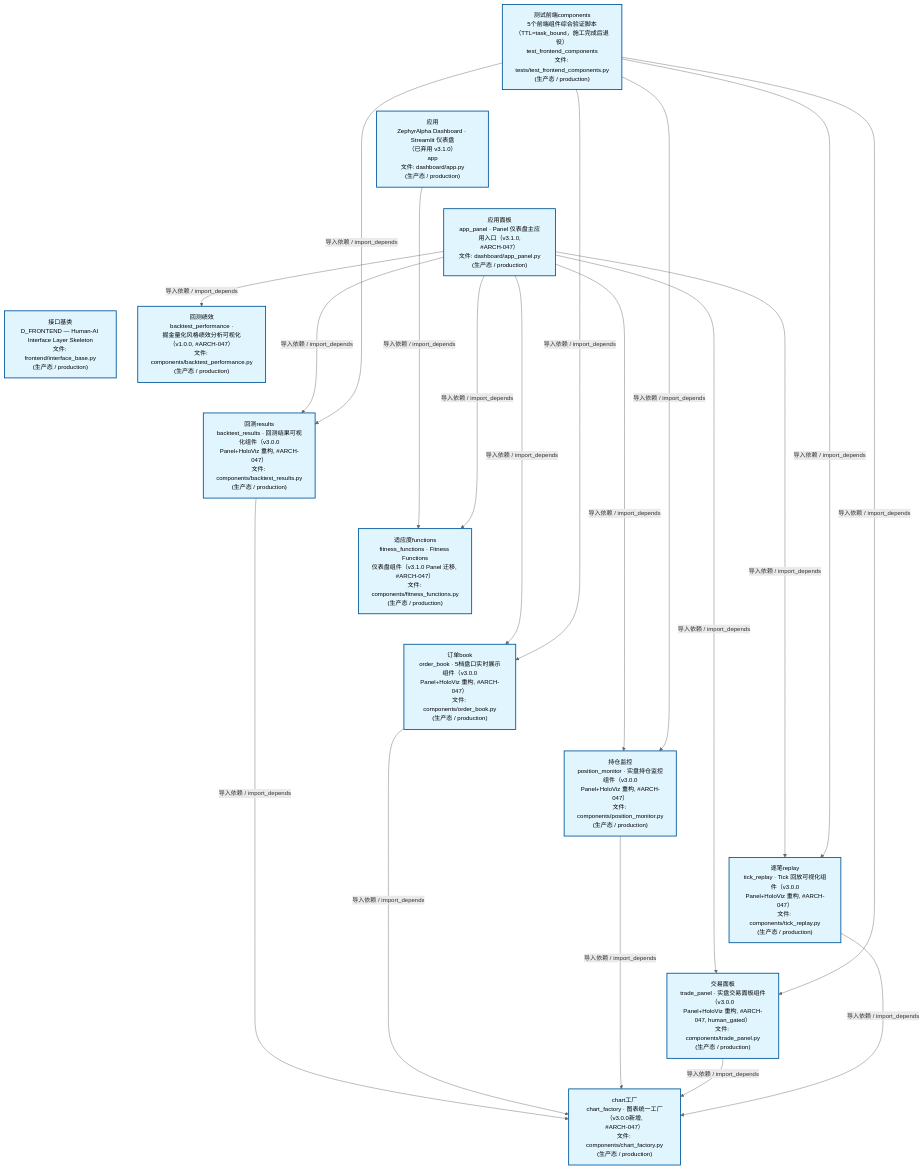
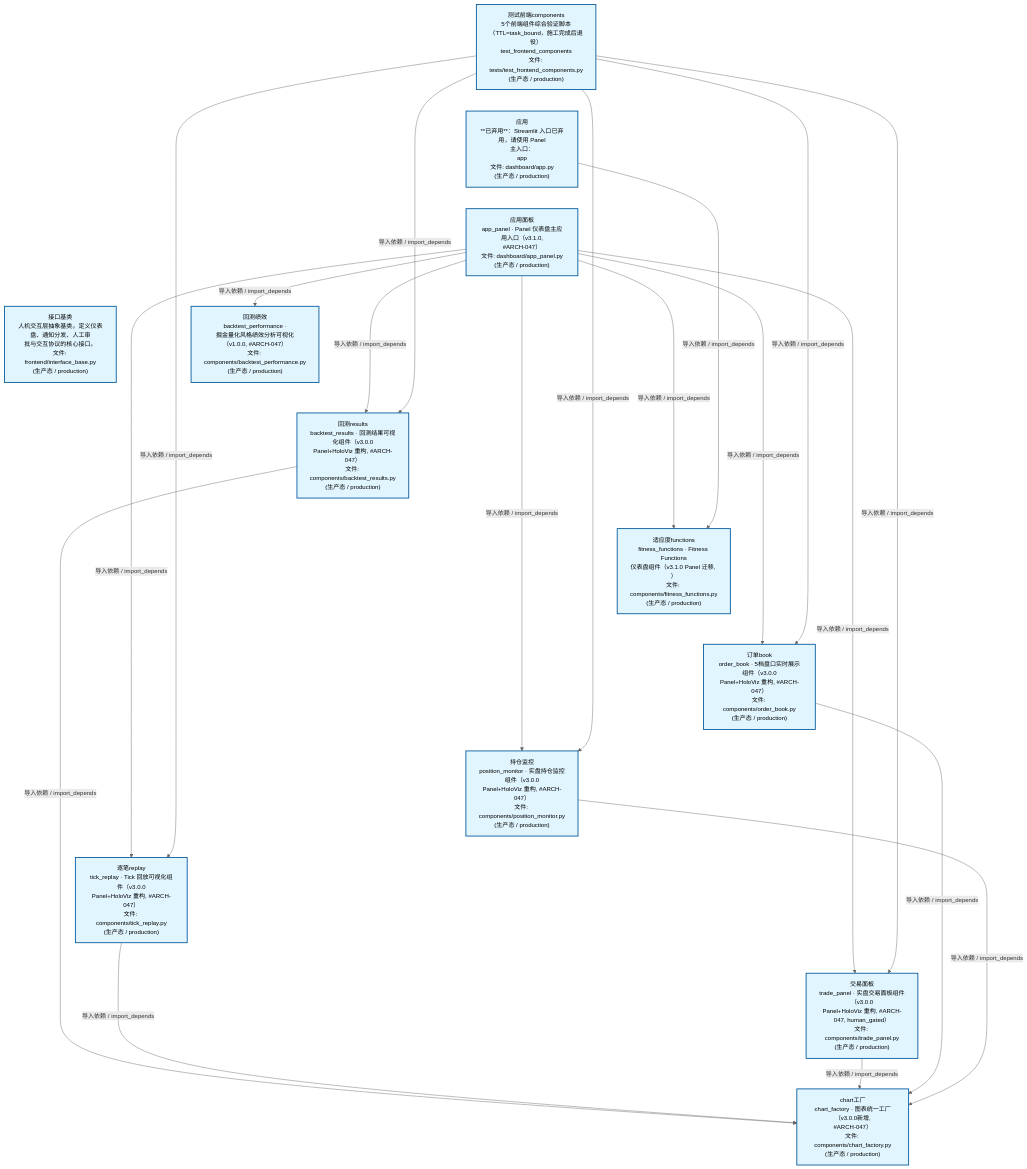
The second of 4 diagrams in docs/02_enterprise_architecture/02_domain_architecture_docs/47_d_frontend.md (xuanFelixVan/ZephyrAlpha), drawn with Mermaid before and after one commit. The commit also changed other lines of this file and 48 other files, not shown here.

````diff
--- a/docs/02_enterprise_architecture/02_domain_architecture_docs/47_d_frontend.md
+++ b/docs/02_enterprise_architecture/02_domain_architecture_docs/47_d_frontend.md
@@ -124,48 +124,48 @@
 ```mermaid
 %%{init: {'theme': 'base', 'themeVariables': {'primaryColor': '#eaeaea', 'primaryTextColor': '#333333', 'primaryBorderColor': '#666666', 'lineColor': '#666666', 'secondaryColor': '#eaeaea', 'tertiaryColor': '#eaeaea', 'fontSize': '14px'}}}%%
 flowchart TD
     scripts_tests_test_frontend_components_py["测试前端components<br/>5个前端组件综合验证脚本<br/>（TTL=task_bound，施工完成后退役）<br/>test_frontend_components<br/>文件: tests/test_frontend_components.py<br/>(生产态 / production)"]
-    src_zephyr_frontend_dashboard_app_py["应用<br/>ZephyrAlpha Dashboard · Streamlit 仪表盘<br/>（已弃用 v3.1.0）<br/>app<br/>文件: dashboard/app.py<br/>(生产态 / production)"]
+    src_zephyr_frontend_dashboard_app_py["应用<br/>**已弃用**：Streamlit 入口已弃用，请使用 Panel<br/>主入口：<br/>app<br/>文件: dashboard/app.py<br/>(生产态 / production)"]
     src_zephyr_frontend_dashboard_app_panel_py["应用面板<br/>app_panel · Panel 仪表盘主应用入口（v3.1.0,<br/>#ARCH-047）<br/>文件: dashboard/app_panel.py<br/>(生产态 / production)"]
-    src_zephyr_frontend_interface_base_py["接口基类<br/>D_FRONTEND — Human-AI Interface Layer Skeleton<br/>文件: frontend/interface_base.py<br/>(生产态 / production)"]
+    src_zephyr_frontend_interface_base_py["接口基类<br/>人机交互层抽象基类。定义仪表盘、通知分发、人工审<br/>批与交互协议的核心接口。<br/>文件: frontend/interface_base.py<br/>(生产态 / production)"]
     scripts_tests_test_frontend_components_py ~~~ src_zephyr_frontend_dashboard_app_py
     src_zephyr_frontend_dashboard_app_py ~~~ src_zephyr_frontend_dashboard_app_panel_py
     src_zephyr_frontend_dashboard_app_panel_py ~~~ src_zephyr_frontend_interface_base_py
     src_zephyr_frontend_dashboard_components_backtest_performance_py["回测绩效<br/>backtest_performance ·<br/>掘金量化风格绩效分析可视化（v1.0.0, #ARCH-047）<br/>文件: components/backtest_performance.py<br/>(生产态 / production)"]
     src_zephyr_frontend_dashboard_components_backtest_results_py["回测results<br/>backtest_results · 回测结果可视化组件（v3.0.0<br/>Panel+HoloViz 重构, #ARCH-047）<br/>文件: components/backtest_results.py<br/>(生产态 / production)"]
-    src_zephyr_frontend_dashboard_components_fitness_functions_py["适应度functions<br/>fitness_functions · Fitness Functions<br/>仪表盘组件（v3.1.0 Panel 迁移, #ARCH-047）<br/>文件: components/fitness_functions.py<br/>(生产态 / production)"]
+    src_zephyr_frontend_dashboard_components_fitness_functions_py["适应度functions<br/>fitness_functions · Fitness Functions<br/>仪表盘组件（v3.1.0 Panel 迁移, ）<br/>文件: components/fitness_functions.py<br/>(生产态 / production)"]
     src_zephyr_frontend_dashboard_components_order_book_py["订单book<br/>order_book · 5档盘口实时展示组件（v3.0.0<br/>Panel+HoloViz 重构, #ARCH-047）<br/>文件: components/order_book.py<br/>(生产态 / production)"]
     src_zephyr_frontend_dashboard_components_position_monitor_py["持仓监控<br/>position_monitor · 实盘持仓监控组件（v3.0.0<br/>Panel+HoloViz 重构, #ARCH-047）<br/>文件: components/position_monitor.py<br/>(生产态 / production)"]
     src_zephyr_frontend_dashboard_components_tick_replay_py["逐笔replay<br/>tick_replay · Tick 回放可视化组件（v3.0.0<br/>Panel+HoloViz 重构, #ARCH-047）<br/>文件: components/tick_replay.py<br/>(生产态 / production)"]
     src_zephyr_frontend_dashboard_components_trade_panel_py["交易面板<br/>trade_panel · 实盘交易面板组件（v3.0.0<br/>Panel+HoloViz 重构, #ARCH-047, human_gated）<br/>文件: components/trade_panel.py<br/>(生产态 / production)"]
     src_zephyr_frontend_dashboard_components_backtest_performance_py ~~~ src_zephyr_frontend_dashboard_components_backtest_results_py
     src_zephyr_frontend_dashboard_components_backtest_results_py ~~~ src_zephyr_frontend_dashboard_components_fitness_functions_py
     src_zephyr_frontend_dashboard_components_fitness_functions_py ~~~ src_zephyr_frontend_dashboard_components_order_book_py
     src_zephyr_frontend_dashboard_components_order_book_py ~~~ src_zephyr_frontend_dashboard_components_position_monitor_py
     src_zephyr_frontend_dashboard_components_position_monitor_py ~~~ src_zephyr_frontend_dashboard_components_tick_replay_py
     src_zephyr_frontend_dashboard_components_tick_replay_py ~~~ src_zephyr_frontend_dashboard_components_trade_panel_py
     src_zephyr_frontend_dashboard_components_chart_factory_py["chart工厂<br/>chart_factory · 图表统一工厂（v3.0.0新增,<br/>#ARCH-047）<br/>文件: components/chart_factory.py<br/>(生产态 / production)"]
-    src_zephyr_frontend_dashboard_app_py -->|导入依赖 / import_depends| src_zephyr_frontend_dashboard_components_fitness_functions_py
+    src_zephyr_frontend_dashboard_app_panel_py -->|导入依赖 / import_depends| src_zephyr_frontend_dashboard_components_backtest_results_py
     src_zephyr_frontend_dashboard_app_panel_py -->|导入依赖 / import_depends| src_zephyr_frontend_dashboard_components_backtest_performance_py
-    src_zephyr_frontend_dashboard_app_panel_py -->|导入依赖 / import_depends| src_zephyr_frontend_dashboard_components_backtest_results_py
     src_zephyr_frontend_dashboard_app_panel_py -->|导入依赖 / import_depends| src_zephyr_frontend_dashboard_components_fitness_functions_py
+    src_zephyr_frontend_dashboard_app_panel_py -->|导入依赖 / import_depends| src_zephyr_frontend_dashboard_components_tick_replay_py
+    src_zephyr_frontend_dashboard_app_panel_py -->|导入依赖 / import_depends| src_zephyr_frontend_dashboard_components_trade_panel_py
     src_zephyr_frontend_dashboard_app_panel_py -->|导入依赖 / import_depends| src_zephyr_frontend_dashboard_components_order_book_py
     src_zephyr_frontend_dashboard_app_panel_py -->|导入依赖 / import_depends| src_zephyr_frontend_dashboard_components_position_monitor_py
-    src_zephyr_frontend_dashboard_app_panel_py -->|导入依赖 / import_depends| src_zephyr_frontend_dashboard_components_trade_panel_py
-    src_zephyr_frontend_dashboard_app_panel_py -->|导入依赖 / import_depends| src_zephyr_frontend_dashboard_components_tick_replay_py
+    src_zephyr_frontend_dashboard_app_py -->|导入依赖 / import_depends| src_zephyr_frontend_dashboard_components_fitness_functions_py
     src_zephyr_frontend_dashboard_components_backtest_results_py -->|导入依赖 / import_depends| src_zephyr_frontend_dashboard_components_chart_factory_py
+    src_zephyr_frontend_dashboard_components_tick_replay_py -->|导入依赖 / import_depends| src_zephyr_frontend_dashboard_components_chart_factory_py
+    src_zephyr_frontend_dashboard_components_trade_panel_py -->|导入依赖 / import_depends| src_zephyr_frontend_dashboard_components_chart_factory_py
     src_zephyr_frontend_dashboard_components_order_book_py -->|导入依赖 / import_depends| src_zephyr_frontend_dashboard_components_chart_factory_py
     src_zephyr_frontend_dashboard_components_position_monitor_py -->|导入依赖 / import_depends| src_zephyr_frontend_dashboard_components_chart_factory_py
-    src_zephyr_frontend_dashboard_components_trade_panel_py -->|导入依赖 / import_depends| src_zephyr_frontend_dashboard_components_chart_factory_py
-    src_zephyr_frontend_dashboard_components_tick_replay_py -->|导入依赖 / import_depends| src_zephyr_frontend_dashboard_components_chart_factory_py
     scripts_tests_test_frontend_components_py -->|导入依赖 / import_depends| src_zephyr_frontend_dashboard_components_backtest_results_py
+    scripts_tests_test_frontend_components_py -->|导入依赖 / import_depends| src_zephyr_frontend_dashboard_components_tick_replay_py
+    scripts_tests_test_frontend_components_py -->|导入依赖 / import_depends| src_zephyr_frontend_dashboard_components_trade_panel_py
     scripts_tests_test_frontend_components_py -->|导入依赖 / import_depends| src_zephyr_frontend_dashboard_components_order_book_py
     scripts_tests_test_frontend_components_py -->|导入依赖 / import_depends| src_zephyr_frontend_dashboard_components_position_monitor_py
-    scripts_tests_test_frontend_components_py -->|导入依赖 / import_depends| src_zephyr_frontend_dashboard_components_trade_panel_py
-    scripts_tests_test_frontend_components_py -->|导入依赖 / import_depends| src_zephyr_frontend_dashboard_components_tick_replay_py
     classDef production fill:#e1f5fe,stroke:#01579b,stroke-width:2px,color:#000
     classDef design fill:#fff3e0,stroke:#e65100,stroke-width:2px,color:#000,stroke-dasharray: 5 5
     classDef external_prod fill:#e8f4fd,stroke:#0277bd,stroke-width:1px,color:#000
     classDef external_design fill:#fff8e7,stroke:#ef6c00,stroke-width:1px,color:#000,stroke-dasharray: 5 5
     class scripts_tests_test_frontend_components_py,src_zephyr_frontend_dashboard_app_py,src_zephyr_frontend_dashboard_app_panel_py,src_zephyr_frontend_dashboard_components_backtest_performance_py,src_zephyr_frontend_dashboard_components_backtest_results_py,src_zephyr_frontend_dashboard_components_chart_factory_py,src_zephyr_frontend_dashboard_components_fitness_functions_py,src_zephyr_frontend_dashboard_components_order_book_py,src_zephyr_frontend_dashboard_components_position_monitor_py,src_zephyr_frontend_dashboard_components_tick_replay_py,src_zephyr_frontend_dashboard_components_trade_panel_py,src_zephyr_frontend_interface_base_py production
 ```
````
